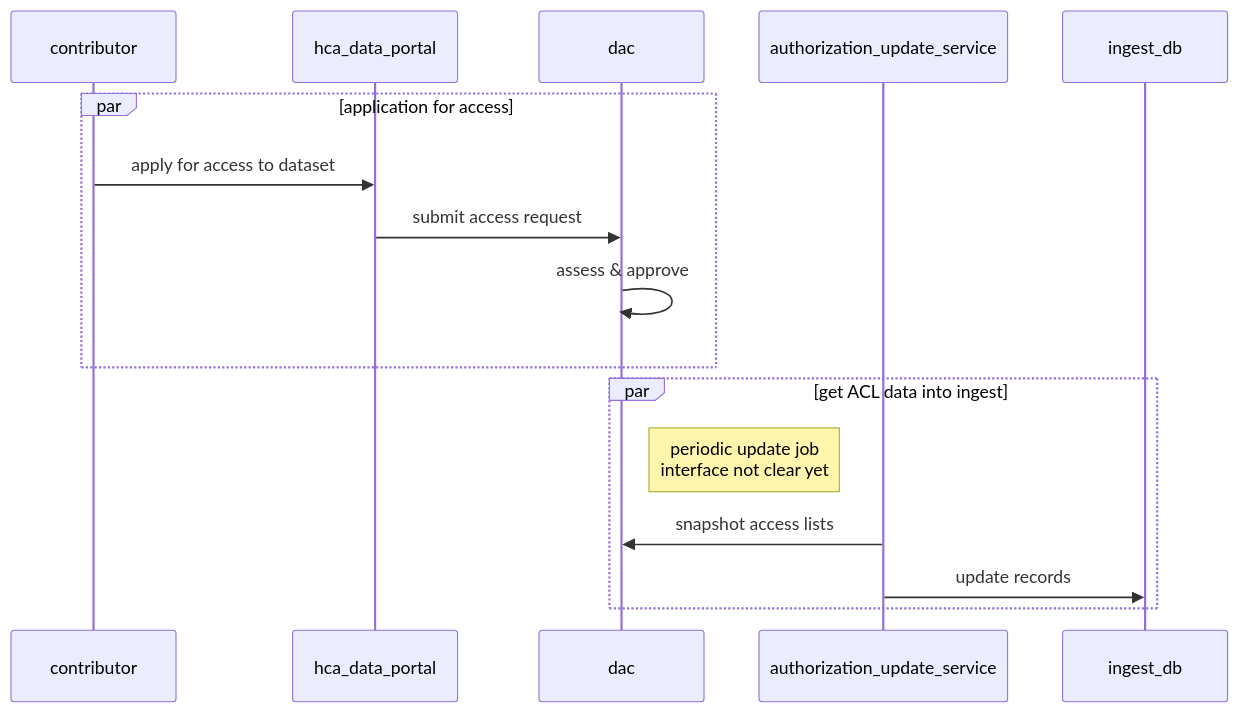
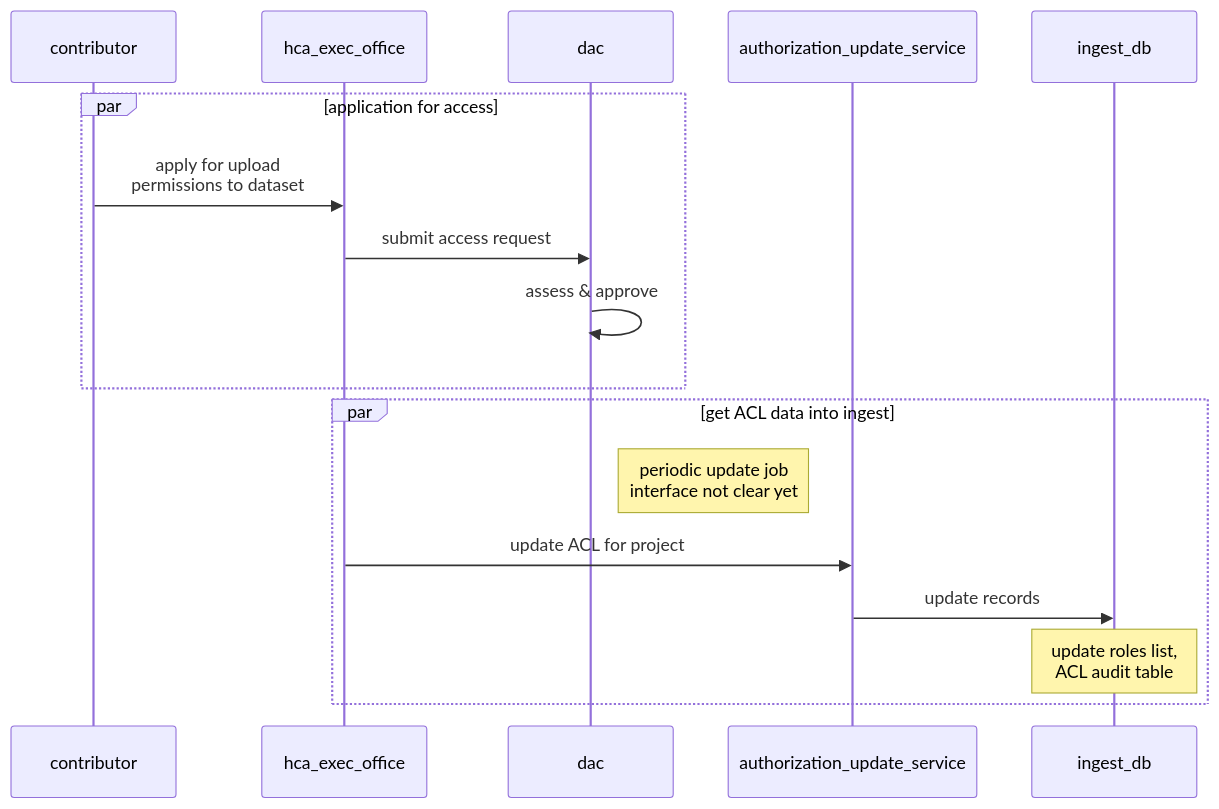
One commit to ebi-ait/ingest-core changed the second of 4 diagrams in docs/managed-access.md. Above: the diagram before and after it, drawn with Mermaid. The commit also changed other lines of this file, not shown here.

Commit message:
dcp-967 managed access - design docs

````diff
--- a/docs/managed-access.md
+++ b/docs/managed-access.md
@@ -26,20 +32,20 @@
 ```mermaid
 sequenceDiagram
 
     participant contributor
-    participant hca_data_portal
+    participant hca_exec_office
     participant dac
     participant authorization_update_service
 
-
     par application for access
-        contributor ->> hca_data_portal: apply for access to dataset
-        hca_data_portal ->> dac: submit access request
-        dac ->> dac: assess & approve    
+        contributor ->> hca_exec_office: apply for upload <br> permissions to dataset
+        hca_exec_office ->> dac: submit access request
+        dac ->> dac: assess & approve
     end 
     par get ACL data into ingest
         note right of dac: periodic update job<br>interface not clear yet
-        authorization_update_service ->> dac: snapshot access lists
+        hca_exec_office ->> authorization_update_service: update ACL for project
         authorization_update_service ->> ingest_db: update records
+        note over ingest_db: update roles list, <br> ACL audit table
     end
 ```
````
